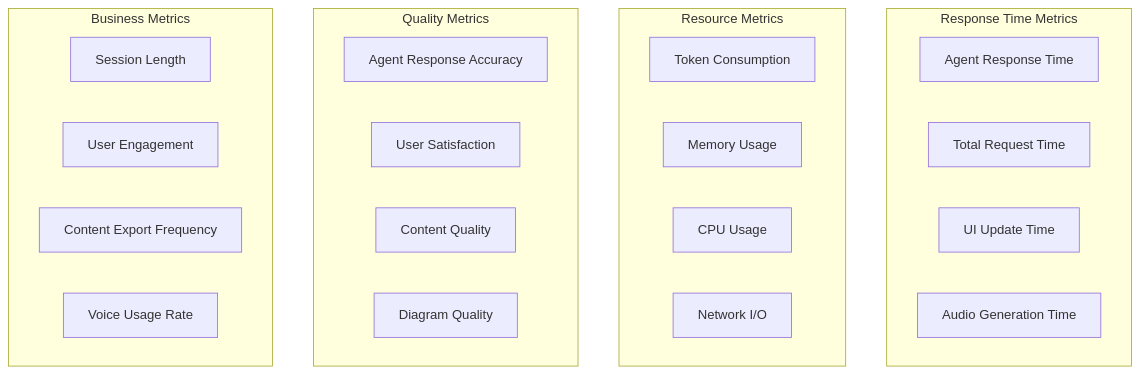
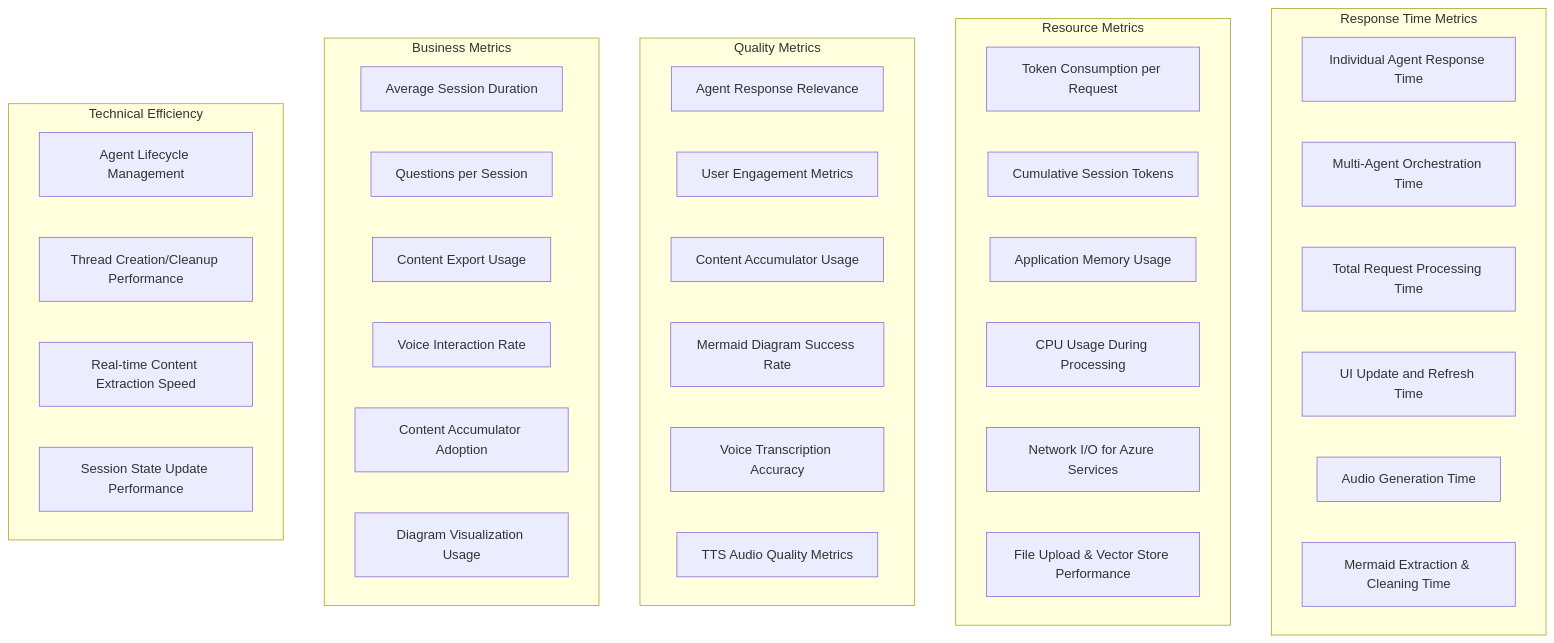
One commit to mmckechney/AgenticAIFoundry changed diagram 15 of 18 in docs/stbrainstorm-architecture-documentation.md. Above: the diagram before and after it, drawn with Mermaid. The commit also changed other lines of this file, not shown here.

Commit message:
Complete documentation update with performance monitoring, export capabilities, and comprehensive conclusion

````diff
--- a/docs/stbrainstorm-architecture-documentation.md
+++ b/docs/stbrainstorm-architecture-documentation.md
@@ -1538,30 +1538,45 @@
 ```mermaid
 graph TB
     subgraph "Response Time Metrics"
-        AgentResponse[Agent Response Time]
-        TotalRequest[Total Request Time]
-        UIUpdate[UI Update Time]
+        AgentResponse[Individual Agent Response Time]
+        OrchestrationTime[Multi-Agent Orchestration Time]
+        TotalRequest[Total Request Processing Time]
+        UIUpdate[UI Update and Refresh Time]
         AudioGeneration[Audio Generation Time]
+        MermaidProcessing[Mermaid Extraction & Cleaning Time]
     end
     
     subgraph "Resource Metrics"
-        TokenUsage[Token Consumption]
-        MemoryUsage[Memory Usage]
-        CPUUsage[CPU Usage]
-        NetworkIO[Network I/O]
+        TokenUsage[Token Consumption per Request]
+        SessionTokens[Cumulative Session Tokens]
+        MemoryUsage[Application Memory Usage]
+        CPUUsage[CPU Usage During Processing]
+        NetworkIO[Network I/O for Azure Services]
+        FileProcessing[File Upload & Vector Store Performance]
     end
     
     subgraph "Quality Metrics"
-        AgentAccuracy[Agent Response Accuracy]
-        UserSatisfaction[User Satisfaction]
-        ContentQuality[Content Quality]
-        DiagramQuality[Diagram Quality]
+        AgentAccuracy[Agent Response Relevance]
+        UserSatisfaction[User Engagement Metrics]
+        ContentQuality[Content Accumulator Usage]
+        DiagramQuality[Mermaid Diagram Success Rate]
+        VoiceAccuracy[Voice Transcription Accuracy]
+        AudioQuality[TTS Audio Quality Metrics]
     end
     
     subgraph "Business Metrics"
-        SessionLength[Session Length]
-        UserEngagement[User Engagement]
-        ExportFrequency[Content Export Frequency]
-        VoiceUsage[Voice Usage Rate]
+        SessionLength[Average Session Duration]
+        UserEngagement[Questions per Session]
+        ExportFrequency[Content Export Usage]
+        VoiceUsage[Voice Interaction Rate]
+        AccumulatorUsage[Content Accumulator Adoption]
+        MermaidViews[Diagram Visualization Usage]
+    end
+    
+    subgraph "Technical Efficiency"
+        AgentCleanup[Agent Lifecycle Management]
+        ThreadManagement[Thread Creation/Cleanup Performance]
+        ContentExtraction[Real-time Content Extraction Speed]
+        SessionStateManagement[Session State Update Performance]
     end
 ```
````
